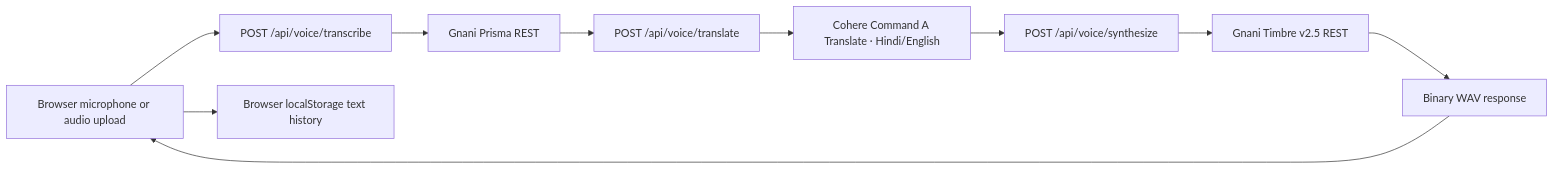
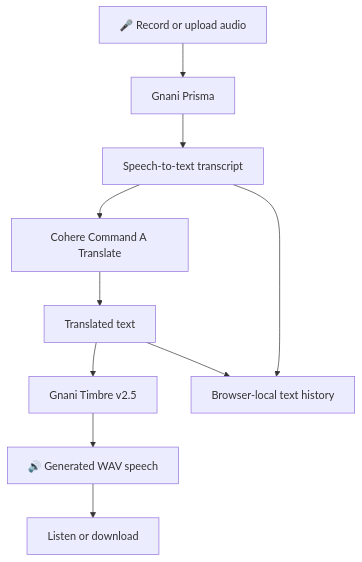
The diagram in README.md (ManyaValecha/lingo-voice), drawn with Mermaid before and after one commit. The commit also changed other lines of this file, not shown here.

````diff
--- a/README.md
+++ b/README.md
@@ -27,12 +53,12 @@
 ```mermaid
-flowchart LR
-  UI[Browser microphone or audio upload] --> STT[POST /api/voice/transcribe]
-  STT --> P[Gnani Prisma REST]
-  P --> TR[POST /api/voice/translate]
-  TR --> L[Cohere Command A Translate · Hindi/English]
-  L --> TTS[POST /api/voice/synthesize]
-  TTS --> G[Gnani Timbre v2.5 REST]
-  G --> WAV[Binary WAV response]
-  WAV --> UI
-  UI --> H[Browser localStorage text history]
+flowchart TD
+    A["🎤 Record or upload audio"] --> B["Gnani Prisma"]
+    B --> C["Speech-to-text transcript"]
+    C --> D["Cohere Command A Translate"]
+    D --> E["Translated text"]
+    E --> F["Gnani Timbre v2.5"]
+    F --> G["🔊 Generated WAV speech"]
+    G --> H["Listen or download"]
+    C --> I["Browser-local text history"]
+    E --> I
 ```
````
